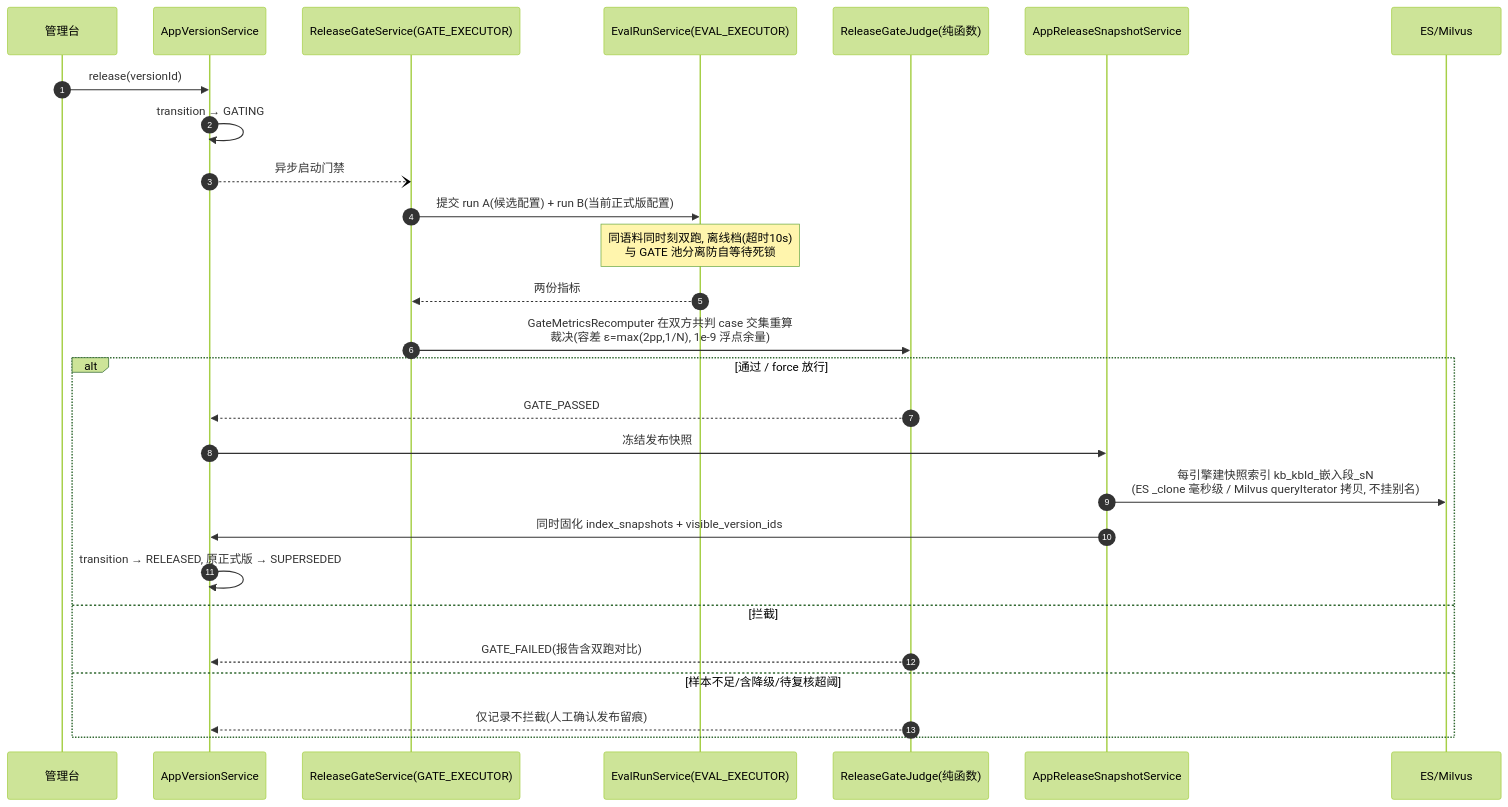
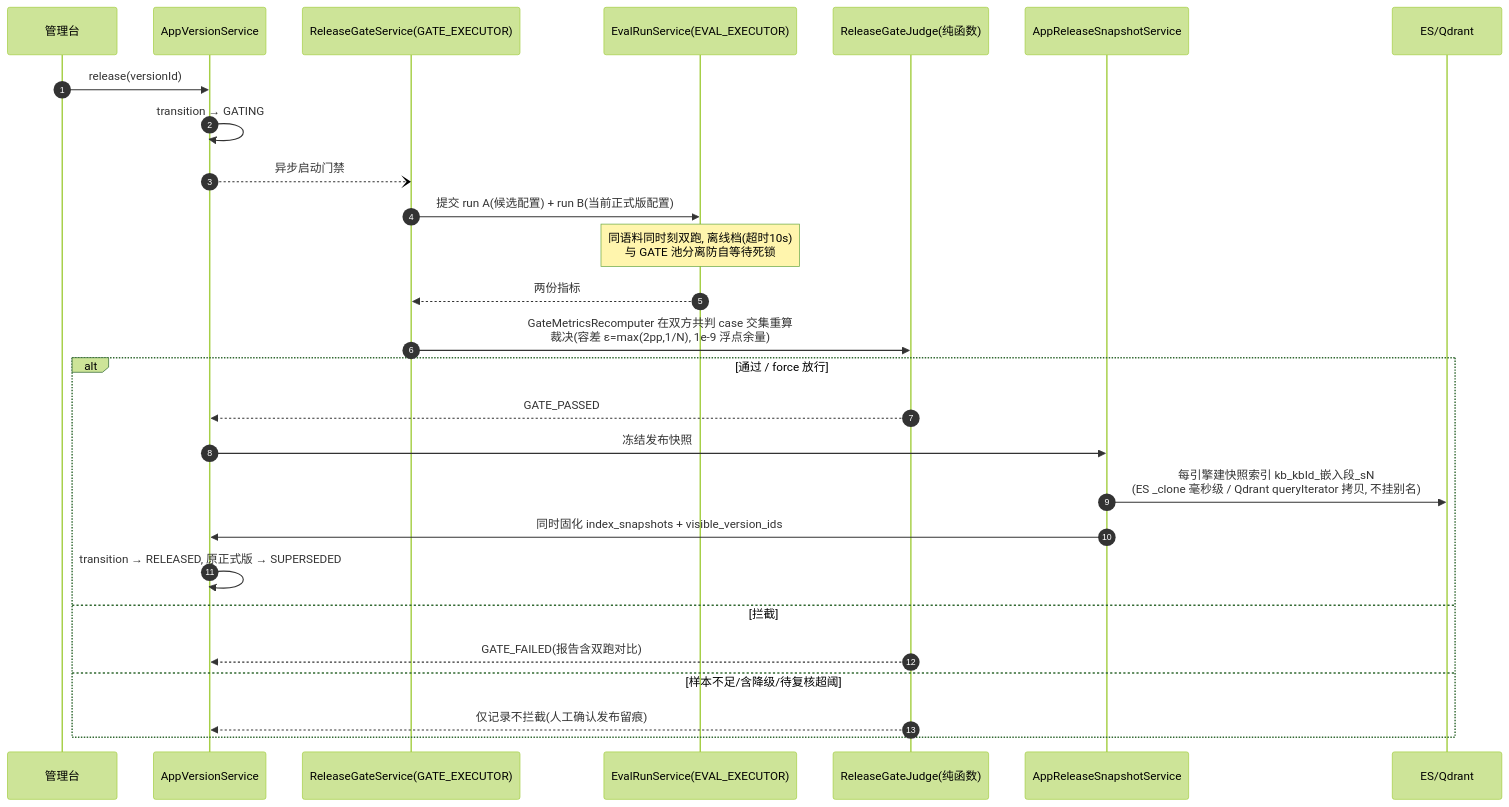
The eighth of 14 diagrams in kb-rag-deploy/docs/FLOWS.md (liulangjietou/kb-rag), drawn with Mermaid (forest theme) before and after one commit. The commit also changed other lines of this file and 55 other files, not shown here.

First line of the commit message:
feat(vector): 向量引擎由 Milvus 换为 Qdrant

````diff
--- a/kb-rag-deploy/docs/FLOWS.md
+++ b/kb-rag-deploy/docs/FLOWS.md
@@ -210,30 +210,30 @@
 ```mermaid
 sequenceDiagram
     autonumber
     participant U as 管理台
     participant AV as AppVersionService
     participant G as ReleaseGateService(GATE_EXECUTOR)
     participant EV as EvalRunService(EVAL_EXECUTOR)
     participant J as ReleaseGateJudge(纯函数)
     participant SN as AppReleaseSnapshotService
-    participant E as ES/Milvus
+    participant E as ES/Qdrant
 
     U->>AV: release(versionId)
     AV->>AV: transition → GATING
     AV--)G: 异步启动门禁
     G->>EV: 提交 run A(候选配置) + run B(当前正式版配置)
     Note over EV: 同语料同时刻双跑, 离线档(超时10s)<br/>与 GATE 池分离防自等待死锁
     EV-->>G: 两份指标
     G->>J: GateMetricsRecomputer 在双方共判 case 交集重算<br/>裁决(容差 ε=max(2pp,1/N), 1e-9 浮点余量)
     alt 通过 / force 放行
         J-->>AV: GATE_PASSED
         AV->>SN: 冻结发布快照
-        SN->>E: 每引擎建快照索引 kb_kbId_嵌入段_sN<br/>(ES _clone 毫秒级 / Milvus queryIterator 拷贝, 不挂别名)
+        SN->>E: 每引擎建快照索引 kb_kbId_嵌入段_sN<br/>(ES _clone 毫秒级 / Qdrant queryIterator 拷贝, 不挂别名)
         SN->>AV: 同时固化 index_snapshots + visible_version_ids
         AV->>AV: transition → RELEASED, 原正式版 → SUPERSEDED
     else 拦截
         J-->>AV: GATE_FAILED(报告含双跑对比)
     else 样本不足/含降级/待复核超阈
         J-->>AV: 仅记录不拦截(人工确认发布留痕)
     end
 ```
````
